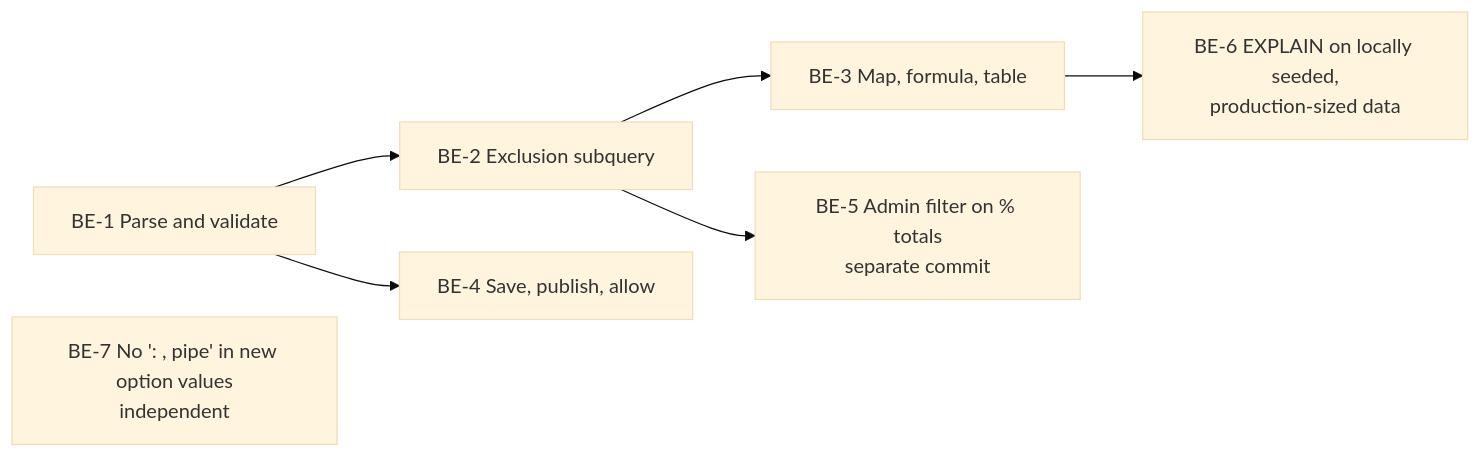
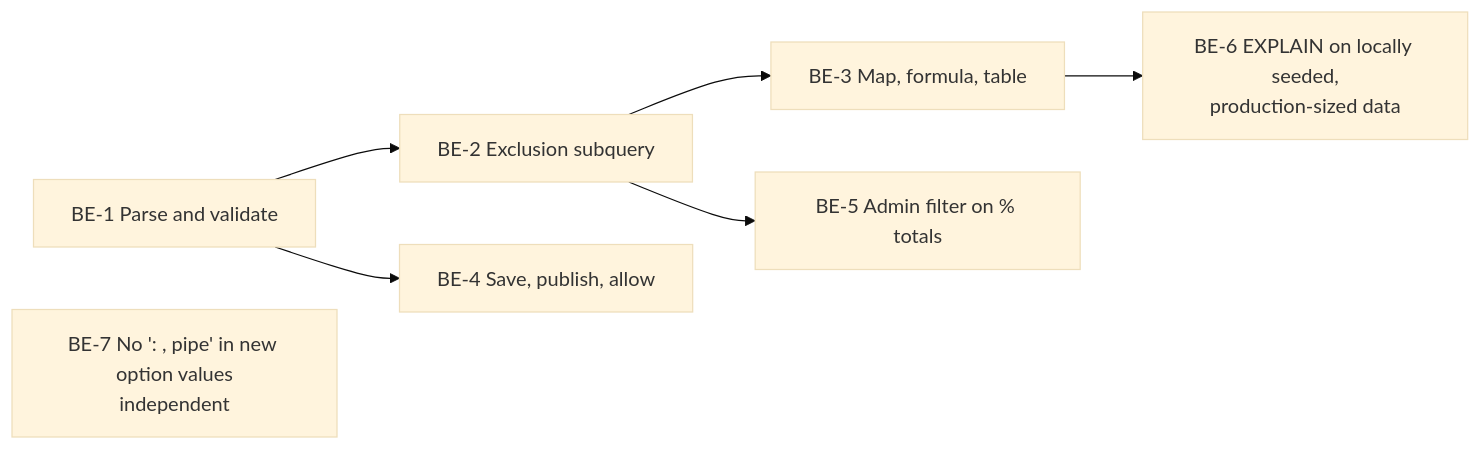
The diagram in doc/design/VIZ-027-backend-global-question-filter.md (akvo/akvo-mis), drawn with Mermaid (base theme) before and after one commit. The commit also changed other lines of this file and 22 other files, not shown here.

````diff
--- a/doc/design/VIZ-027-backend-global-question-filter.md
+++ b/doc/design/VIZ-027-backend-global-question-filter.md
@@ -55,9 +54,9 @@
 ```mermaid
 flowchart LR
     BE1[BE-1 Parse and validate] --> BE2[BE-2 Exclusion subquery]
     BE2 --> BE3[BE-3 Map, formula, table]
     BE1 --> BE4[BE-4 Save, publish, allow]
-    BE2 --> BE5[BE-5 Admin filter on % totals<br/>separate commit]
+    BE2 --> BE5[BE-5 Admin filter on % totals]
     BE3 --> BE6[BE-6 EXPLAIN on locally seeded,<br/>production-sized data]
     BE7[BE-7 No ': , pipe' in new option values<br/>independent]
 ```
````
